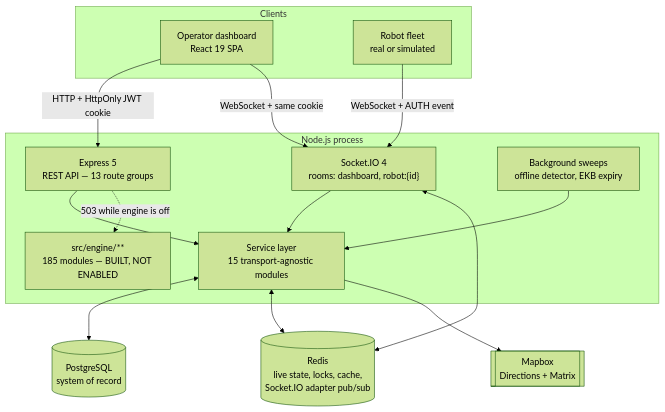
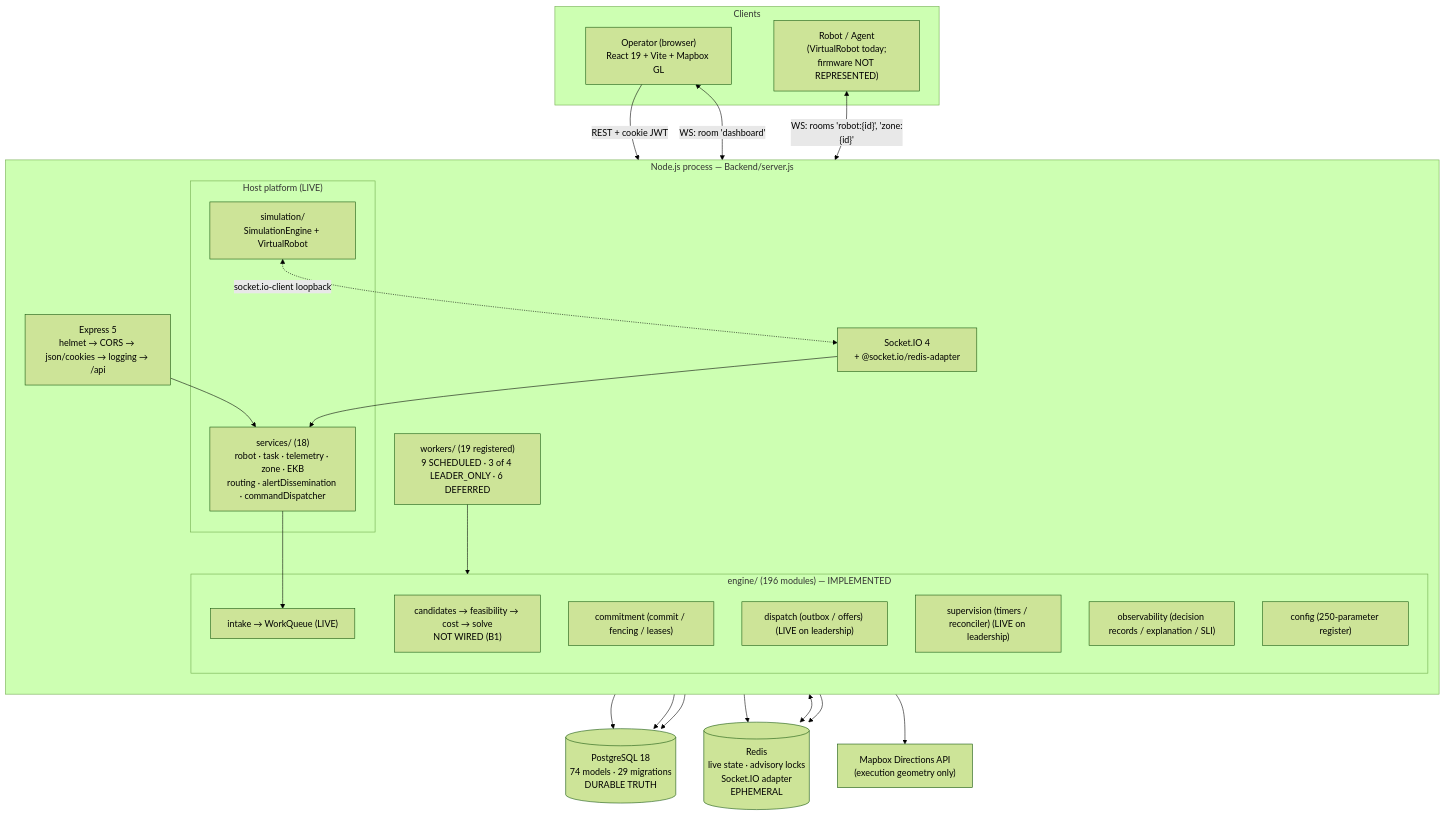
The first of 8 diagrams in ARCHITECTURE.md (somanatha-dev/RobotX-Admin-Dashboard), drawn with Mermaid (forest theme) before and after one commit. The commit also changed other lines of this file and 91 other files, not shown here.

````diff
--- a/ARCHITECTURE.md
+++ b/ARCHITECTURE.md
@@ -156,31 +157,47 @@
 ```mermaid
 flowchart TB
     subgraph Clients
-        D["Operator dashboard<br/>React 19 SPA"]
-        R["Robot fleet<br/>real or simulated"]
+      OP["Operator (browser)<br/>React 19 + Vite + Mapbox GL"]
+      RB["Robot / Agent<br/>(VirtualRobot today;<br/>firmware NOT REPRESENTED)"]
     end
 
-    subgraph Node["Node.js process"]
-        EX["Express 5<br/>REST API — 13 route groups"]
-        IO["Socket.IO 4<br/>rooms: dashboard, robot:{id}"]
-        SVC["Service layer<br/>15 transport-agnostic modules"]
-        ENG["src/engine/**<br/>185 modules — BUILT, NOT ENABLED"]
-        BG["Background sweeps<br/>offline detector, EKB expiry"]
+    subgraph Node["Node.js process — Backend/server.js"]
+      direction TB
+      EX["Express 5<br/>helmet → CORS → json/cookies → logging → /api"]
+      IO["Socket.IO 4<br/>+ @socket.io/redis-adapter"]
+      subgraph Host["Host platform (LIVE)"]
+        SVC["services/ (18)<br/>robot · task · telemetry · zone · EKB<br/>routing · alertDissemination · commandDispatcher"]
+        SIM["simulation/<br/>SimulationEngine + VirtualRobot"]
+      end
+      subgraph Engine["engine/ (196 modules) — IMPLEMENTED"]
+        INTK["intake → WorkQueue (LIVE)"]
+        RND["candidates → feasibility → cost → solve<br/>NOT WIRED (B1)"]
+        CMT["commitment (commit / fencing / leases)"]
+        DSP["dispatch (outbox / offers) (LIVE on leadership)"]
+        SUP["supervision (timers / reconciler) (LIVE on leadership)"]
+        OBS["observability (decision records / explanation / SLI)"]
+        CFG["config (250-parameter register)"]
+      end
+      WRK["workers/ (19 registered)<br/>9 SCHEDULED · 3 of 4 LEADER_ONLY · 6 DEFERRED"]
     end
 
-    PG[("PostgreSQL<br/>system of record")]
-    RD[("Redis<br/>live state, locks, cache,<br/>Socket.IO adapter pub/sub")]
-    MB[["Mapbox<br/>Directions + Matrix"]]
+    PG[("PostgreSQL 18<br/>74 models · 29 migrations<br/>DURABLE TRUTH")]
+    RD[("Redis<br/>live state · advisory locks<br/>Socket.IO adapter<br/>EPHEMERAL")]
+    MB["Mapbox Directions API<br/>(execution geometry only)"]
 
-    D -->|"HTTP + HttpOnly JWT cookie"| EX
-    D -->|"WebSocket + same cookie"| IO
-    R -->|"WebSocket + AUTH event"| IO
+    OP -- "REST + cookie JWT" --> EX
+    OP <-- "WS: room 'dashboard'" --> IO
+    RB <-- "WS: rooms 'robot:{id}', 'zone:{id}'" --> IO
     EX --> SVC
     IO --> SVC
-    BG --> SVC
-    EX -.->|"503 while engine is off"| ENG
-    SVC <--> PG
-    SVC <--> RD
+    SVC --> INTK
+    INTK --> PG
+    WRK --> Engine
+    Engine --> PG
+    SVC --> PG
+    SVC --> RD
+    Engine --> RD
+    IO <--> RD
+    SIM <-. "socket.io-client loopback" .-> IO
     SVC --> MB
-    IO <--> RD
 ```
````
